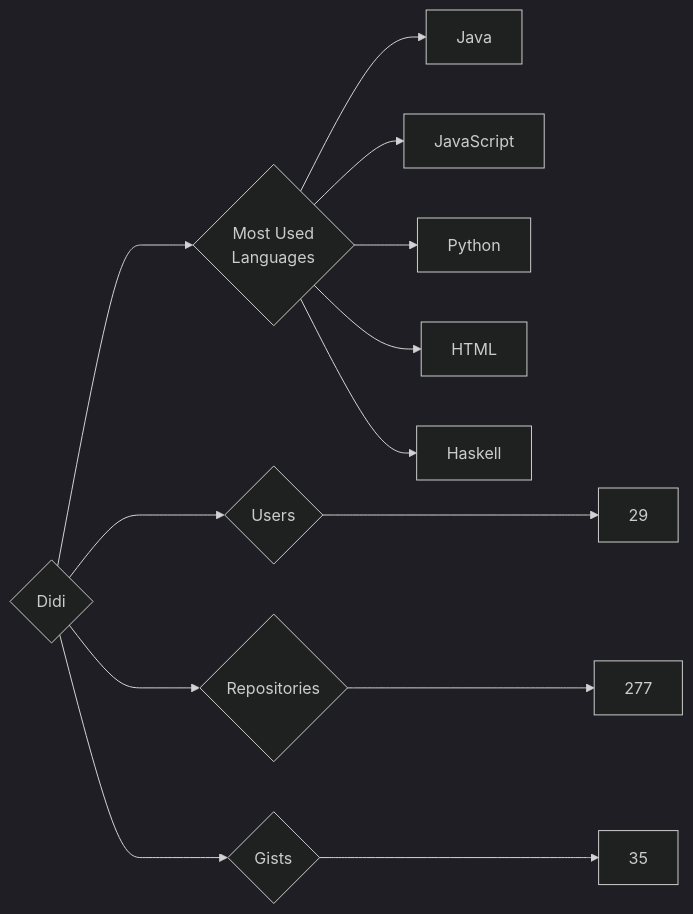
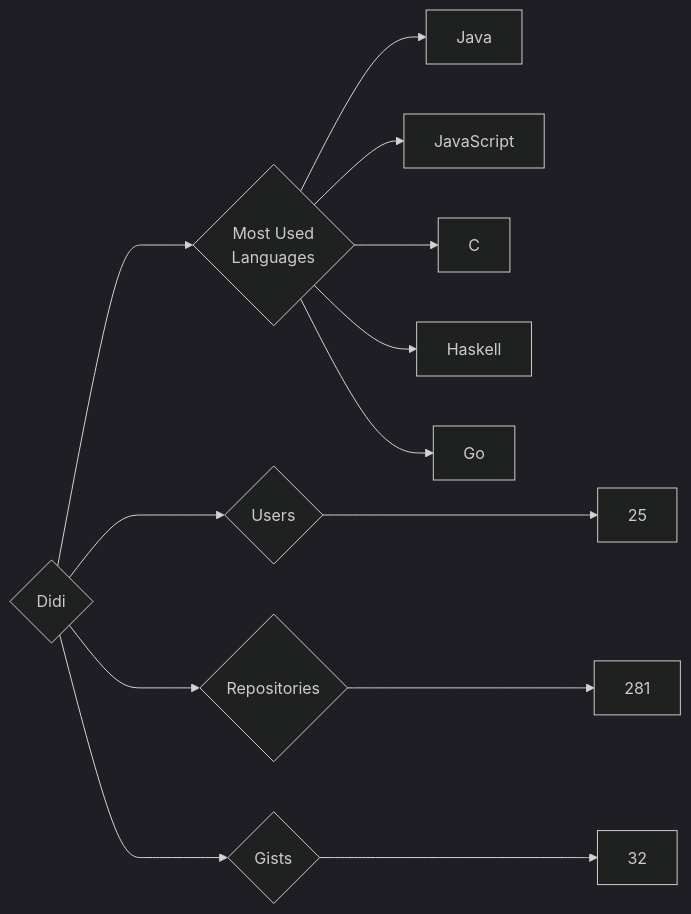
The diagram in targets/Didi/README.md (trickest/insiders), drawn with Mermaid (dark theme) before and after one commit. The commit also changed 953 other files, not shown here.

````diff
--- a/targets/Didi/README.md
+++ b/targets/Didi/README.md
@@ -3,13 +3,13 @@
 ```mermaid
 graph LR
 COMPANY_NAME{Didi}
-COMPANY_NAME ---> U{Users} ---> UN[29]
-COMPANY_NAME ---> R{Repositories} ---> RN[277]
-COMPANY_NAME ---> G{Gists} ---> GN[35]
+COMPANY_NAME ---> U{Users} ---> UN[25]
+COMPANY_NAME ---> R{Repositories} ---> RN[281]
+COMPANY_NAME ---> G{Gists} ---> GN[32]
 COMPANY_NAME ---> ML{Most Used<br>Languages}
 ML --> Java[Java]
 ML --> JavaScript[JavaScript]
-ML --> Python[Python]
-ML --> HTML[HTML]
+ML --> C[C]
 ML --> Haskell[Haskell]
+ML --> Go[Go]
 ```
````
